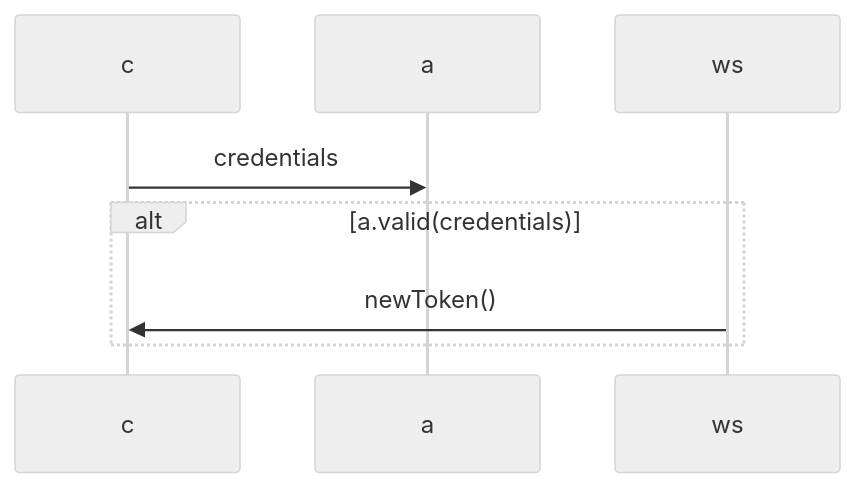
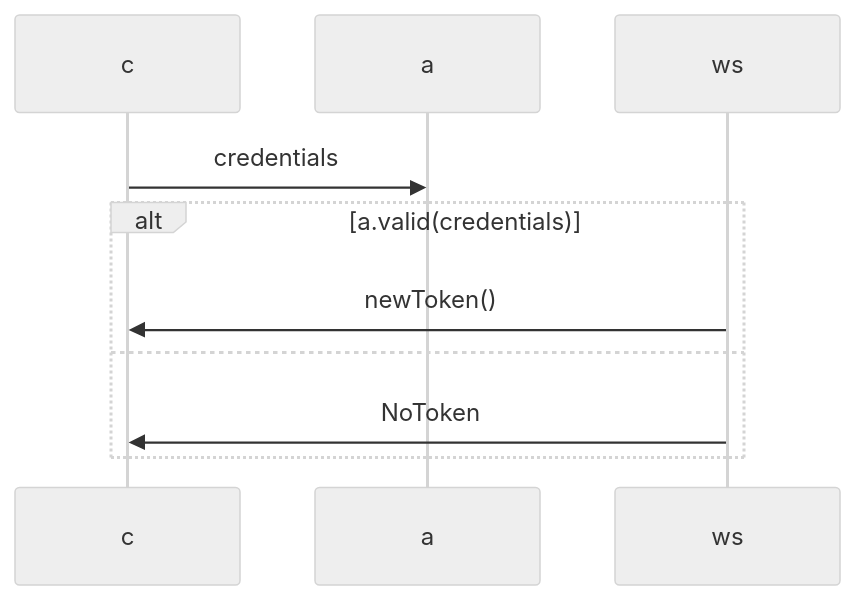
One commit to fmontesi/website changed the first of 2 diagrams in web/bliki/KnowledgeOfChoice.md. Above: the diagram before and after it, drawn with Mermaid (neutral theme). The commit also changed other lines of this file and 8 other files, not shown here.

```diff
--- a/web/bliki/KnowledgeOfChoice.md
+++ b/web/bliki/KnowledgeOfChoice.md
@@ -17,10 +30,12 @@
 <pre class="mermaid">
 sequenceDiagram
 	participant c
 	participant a
 	participant ws
 	c->>a: credentials
 	alt a.valid(credentials)
 		ws->>c: newToken()
+	else
+		ws->>c: NoToken
 	end
 </pre>
```
